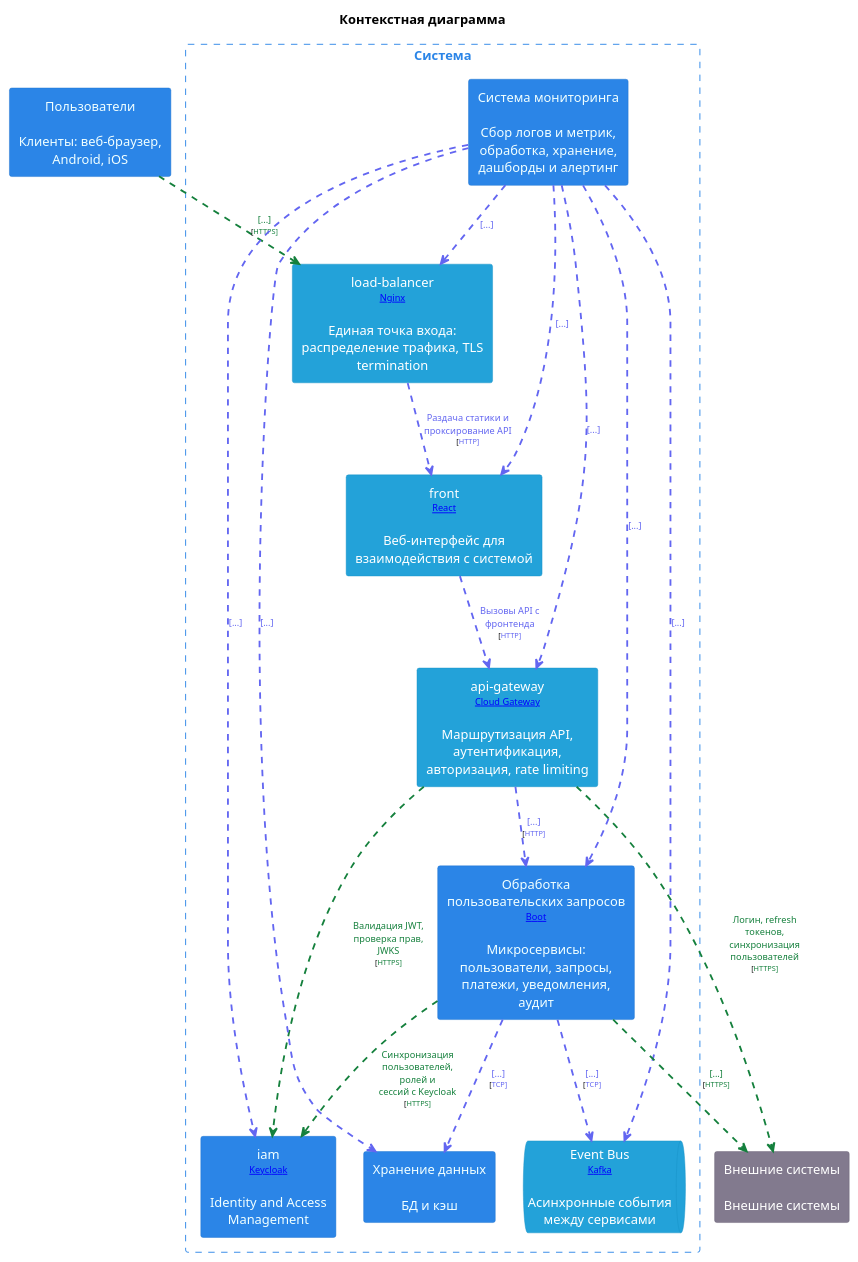
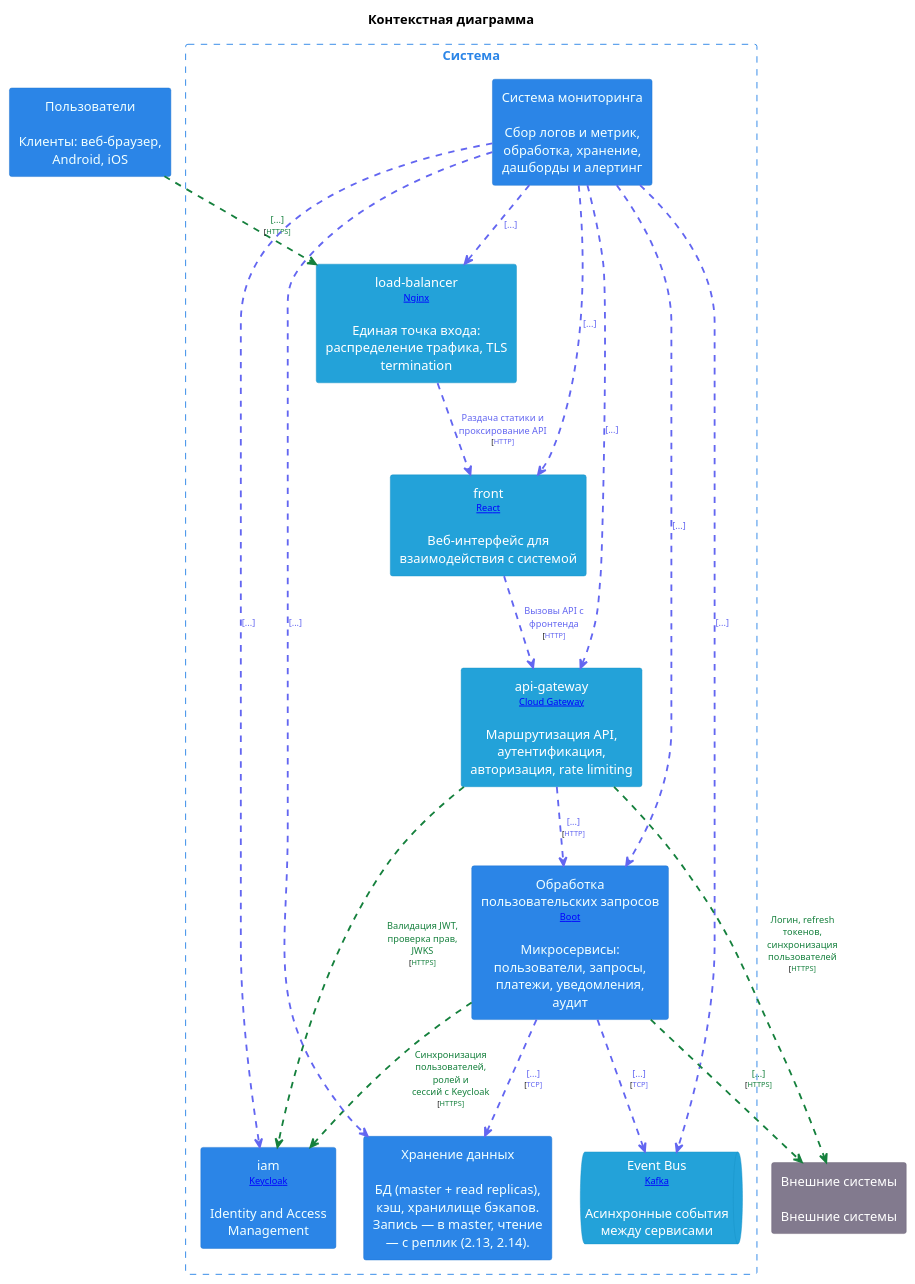
One commit to shelepovg/system-design-homework changed the diagram in doc/схемы/context.puml. Above: the diagram before and after it, drawn with PlantUML. The commit also changed 7 other files, not shown here.

Commit message:
обновлены схемы и картинки

```diff
--- a/doc/схемы/context.puml
+++ b/doc/схемы/context.puml
@@ -1,100 +1,100 @@
 @startuml
 title "Контекстная диаграмма"
 top to bottom direction
 
 hide stereotype
 skinparam ranksep 60
 skinparam nodesep 30
 skinparam {
   arrowFontSize 10
   defaultTextAlignment center
   wrapWidth 200
   maxMessageSize 100
   shadowing false
 }
 
 skinparam rectangle<<Users>>{
   BackgroundColor #2b85e7
   FontColor #f1ffff
   BorderColor #1e73ce
 }
 skinparam rectangle<<SystemMonitoring>>{
   BackgroundColor #2b85e7
   FontColor #f1ffff
   BorderColor #1e73ce
 }
 skinparam rectangle<<SystemLoadBalancer>>{
   BackgroundColor #23a2d9
   FontColor #ffffff
   BorderColor #1892c5
 }
 skinparam rectangle<<SystemFront>>{
   BackgroundColor #23a2d9
   FontColor #ffffff
   BorderColor #1892c5
 }
 skinparam rectangle<<SystemApiGateway>>{
   BackgroundColor #23a2d9
   FontColor #ffffff
   BorderColor #1892c5
 }
 skinparam rectangle<<SystemBackend>>{
   BackgroundColor #2b85e7
   FontColor #f1ffff
   BorderColor #1e73ce
 }
 skinparam rectangle<<SystemIam>>{
   BackgroundColor #2b85e7
   FontColor #f1ffff
   BorderColor #1e73ce
 }
 skinparam rectangle<<SystemStorage>>{
   BackgroundColor #2b85e7
   FontColor #f1ffff
   BorderColor #1e73ce
 }
 skinparam queue<<SystemEventBus>>{
   BackgroundColor #23a2d9
   FontColor #ffffff
   BorderColor #1892c5
 }
 skinparam rectangle<<System_ext>>{
   BackgroundColor #827a8e
   FontColor #ffffff
   BorderColor #6c6477
 }
 rectangle "Пользователи\n\nКлиенты: веб-браузер, Android, iOS" <<Users>> as Users
 rectangle "Система" <<System>> as System {
   skinparam RectangleBorderColor<<System>> #2b85e7
   skinparam RectangleFontColor<<System>> #2b85e7
   skinparam RectangleBorderStyle<<System>> dashed
 
   rectangle "Система мониторинга\n\nСбор логов и метрик, обработка, хранение, дашборды и алертинг" <<SystemMonitoring>> as SystemMonitoring
   rectangle "load-balancer\n<size:10>[[Nginx]]</size>\n\nЕдиная точка входа: распределение трафика, TLS termination" <<SystemLoadBalancer>> as SystemLoadBalancer
   rectangle "front\n<size:10>[[React]]</size>\n\nВеб-интерфейс для взаимодействия с системой" <<SystemFront>> as SystemFront
   rectangle "api-gateway\n<size:10>[[Spring Cloud Gateway]]</size>\n\nМаршрутизация API, аутентификация, авторизация, rate limiting" <<SystemApiGateway>> as SystemApiGateway
   rectangle "Обработка пользовательских запросов\n<size:10>[[Spring Boot]]</size>\n\nМикросервисы: пользователи, запросы, платежи, уведомления, аудит" <<SystemBackend>> as SystemBackend
   rectangle "iam\n<size:10>[[Keycloak]]</size>\n\nIdentity and Access Management" <<SystemIam>> as SystemIam
-  rectangle "Хранение данных\n\nБД и кэш" <<SystemStorage>> as SystemStorage
+  rectangle "Хранение данных\n\nБД (master + read replicas), кэш, хранилище бэкапов. Запись — в master, чтение — с реплик (2.13, 2.14)." <<SystemStorage>> as SystemStorage
   queue "Event Bus\n<size:10>[[Apache Kafka]]</size>\n\nАсинхронные события между сервисами" <<SystemEventBus>> as SystemEventBus
 }
 rectangle "Внешние системы\n\nВнешние системы" <<System_ext>> as System_ext
 
 Users .[#15803d,thickness=2].> SystemLoadBalancer : <color:#15803d>[...]\n<size:8>[<color:#15803d>HTTPS]</size>
 SystemLoadBalancer .[#6366f1,thickness=2].> SystemFront : <color:#6366f1>Раздача статики и проксирование API\n<size:8>[<color:#6366f1>HTTP]</size>
 SystemMonitoring .[#6366f1,thickness=2].> SystemLoadBalancer : <color:#6366f1>[...]
 SystemFront .[#6366f1,thickness=2].> SystemApiGateway : <color:#6366f1>Вызовы API с фронтенда\n<size:8>[<color:#6366f1>HTTP]</size>
 SystemMonitoring .[#6366f1,thickness=2].> SystemFront : <color:#6366f1>[...]
 SystemApiGateway .[#15803d,thickness=2].> SystemIam : <color:#15803d>Валидация JWT, проверка прав, JWKS\n<size:8>[<color:#15803d>HTTPS]</size>
 SystemApiGateway .[#6366f1,thickness=2].> SystemBackend : <color:#6366f1>[...]\n<size:8>[<color:#6366f1>HTTP]</size>
 SystemMonitoring .[#6366f1,thickness=2].> SystemApiGateway : <color:#6366f1>[...]
 SystemBackend .[#15803d,thickness=2].> SystemIam : <color:#15803d>Синхронизация пользователей, ролей и \n<color:#15803d>сессий с Keycloak\n<size:8>[<color:#15803d>HTTPS]</size>
 SystemMonitoring .[#6366f1,thickness=2].> SystemIam : <color:#6366f1>[...]
 SystemBackend .[#6366f1,thickness=2].> SystemStorage : <color:#6366f1>[...]\n<size:8>[<color:#6366f1>TCP]</size>
 SystemBackend .[#6366f1,thickness=2].> SystemEventBus : <color:#6366f1>[...]\n<size:8>[<color:#6366f1>TCP]</size>
 SystemMonitoring .[#6366f1,thickness=2].> SystemBackend : <color:#6366f1>[...]
 SystemMonitoring .[#6366f1,thickness=2].> SystemStorage : <color:#6366f1>[...]
 SystemMonitoring .[#6366f1,thickness=2].> SystemEventBus : <color:#6366f1>[...]
 SystemApiGateway .[#15803d,thickness=2].> System_ext : <color:#15803d>Логин, refresh токенов, синхронизация \n<color:#15803d>пользователей\n<size:8>[<color:#15803d>HTTPS]</size>
 SystemBackend .[#15803d,thickness=2].> System_ext : <color:#15803d>[...]\n<size:8>[<color:#15803d>HTTPS]</size>
 @enduml
```
